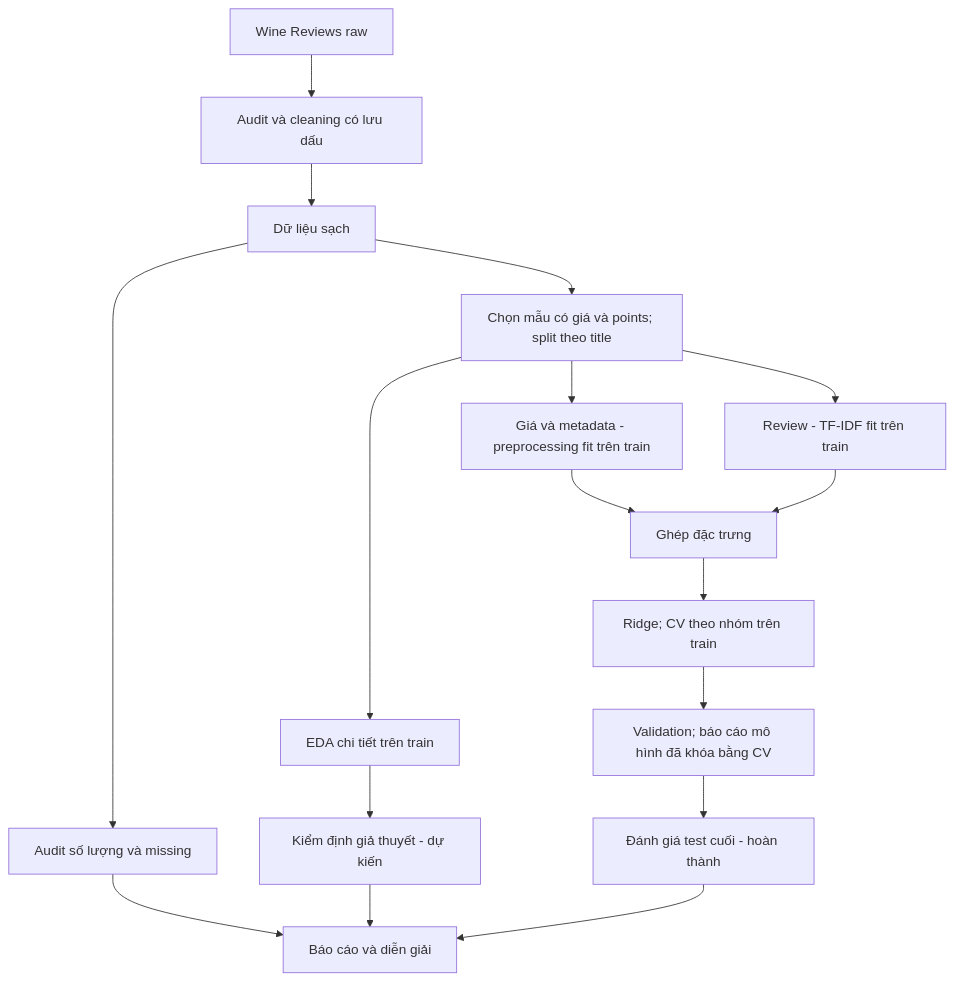
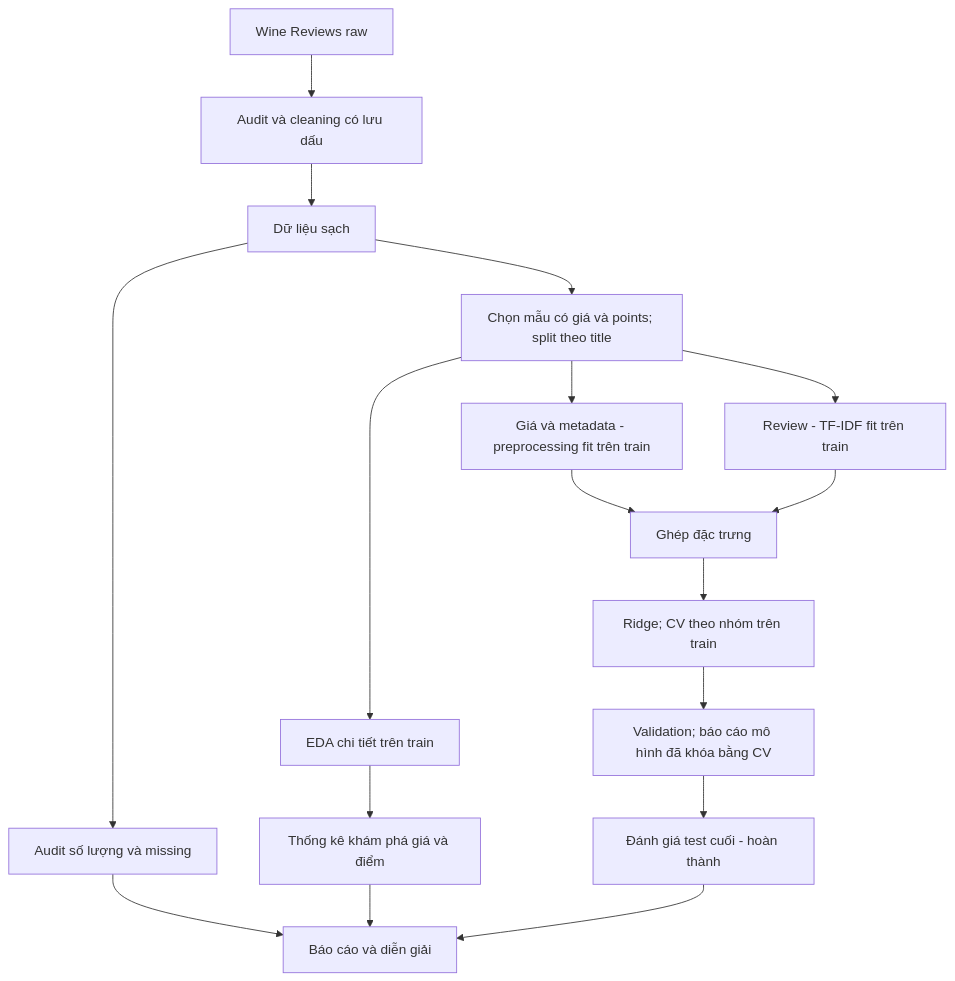
Before and after one commit to Tdat2711/wine-quality-prediction: the diagram in README.md, drawn with Mermaid. The commit also changed other lines of this file and 76 other files, not shown here.

````diff
--- a/README.md
+++ b/README.md
@@ -63,19 +67,19 @@
 ```mermaid
 flowchart TD
     R[Wine Reviews raw] --> A[Audit và cleaning có lưu dấu]
     A --> D[Dữ liệu sạch]
     D --> S[Chọn mẫu có giá và points; split theo title]
     D --> Q[Audit số lượng và missing]
     S --> E[EDA chi tiết trên train]
-    E --> I[Kiểm định giả thuyết - dự kiến]
+    E --> I[Thống kê khám phá giá và điểm]
     S --> P[Giá và metadata - preprocessing fit trên train]
     S --> T[Review - TF-IDF fit trên train]
     P --> F[Ghép đặc trưng]
     T --> F
     F --> M[Ridge; CV theo nhóm trên train]
     M --> V[Validation; báo cáo mô hình đã khóa bằng CV]
     V --> X[Đánh giá test cuối - hoàn thành]
     Q --> B[Báo cáo và diễn giải]
     I --> B
     X --> B
 ```
````
